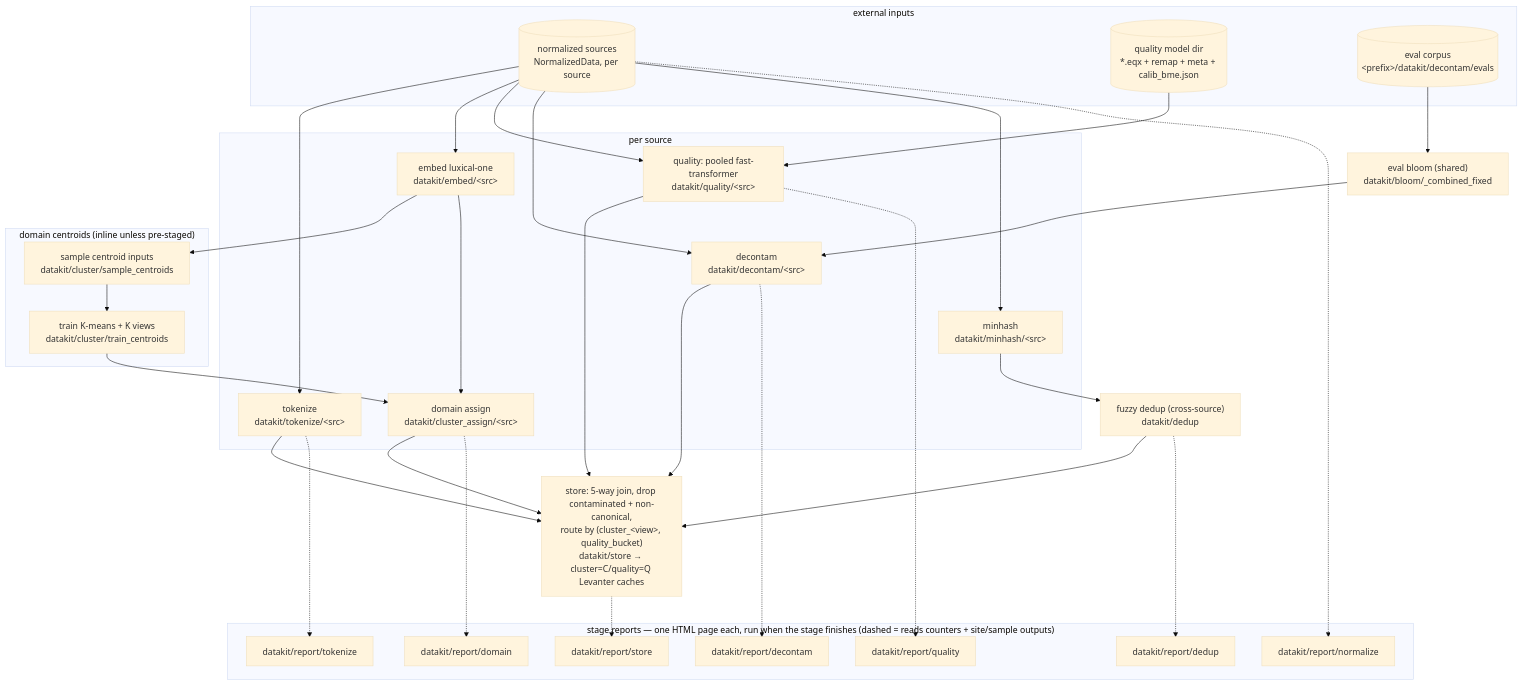
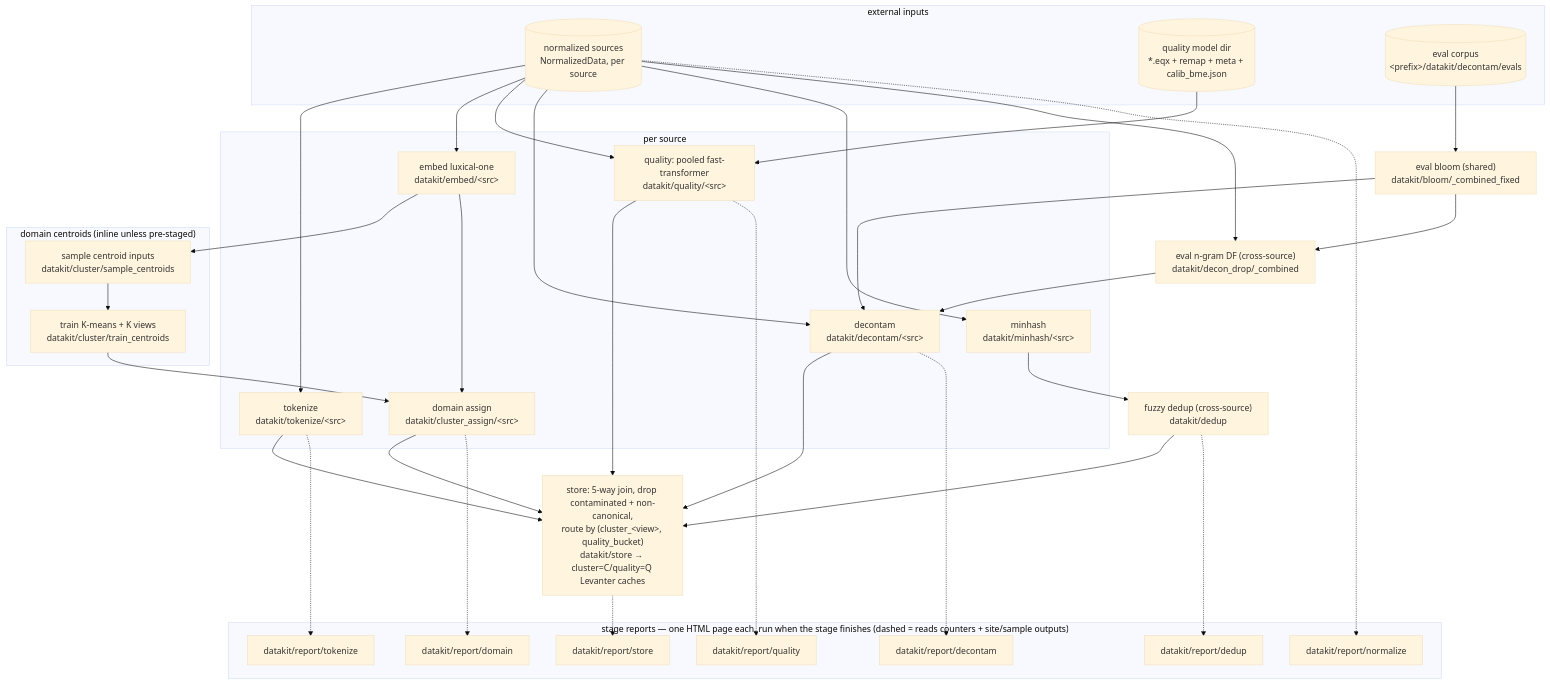
The diagram in experiments/datakit/README.md (marin-community/marin), drawn with Mermaid (base theme) before and after one commit. The commit also changed other lines of this file and 5 other files, not shown here.

First line of the commit message:
[datakit] Filter cross-source decontam boilerplate

````diff
--- a/experiments/datakit/README.md
+++ b/experiments/datakit/README.md
@@ -30,60 +30,63 @@
 ```mermaid
 flowchart TD
     subgraph inputs["external inputs"]
         SRC[("normalized sources<br/>NormalizedData, per source")]
         MODEL[("quality model dir<br/>*.eqx + remap + meta + calib_bme.json")]
         EVALS[("eval corpus<br/>&lt;prefix&gt;/datakit/decontam/evals")]
     end
 
     subgraph per_source["per source"]
         TOK["tokenize<br/>datakit/tokenize/&lt;src&gt;"]
         EMB["embed luxical-one<br/>datakit/embed/&lt;src&gt;"]
         ASG["domain assign<br/>datakit/cluster_assign/&lt;src&gt;"]
         QUAL["quality: pooled fast-transformer<br/>datakit/quality/&lt;src&gt;"]
         DECON["decontam<br/>datakit/decontam/&lt;src&gt;"]
         MH["minhash<br/>datakit/minhash/&lt;src&gt;"]
     end
 
     subgraph domain_model["domain centroids (inline unless pre-staged)"]
         SAMP["sample centroid inputs<br/>datakit/cluster/sample_centroids"]
         KM["train K-means + K views<br/>datakit/cluster/train_centroids"]
     end
 
     BLOOM["eval bloom (shared)<br/>datakit/bloom/_combined_fixed"]
+    DF["eval n-gram DF (cross-source)<br/>datakit/decon_drop/_combined"]
     DEDUP["fuzzy dedup (cross-source)<br/>datakit/dedup"]
     STORE["store: 5-way join, drop contaminated + non-canonical,<br/>route by (cluster_&lt;view&gt;, quality_bucket)<br/>datakit/store → cluster=C/quality=Q Levanter caches"]
 
     SRC --> TOK
     SRC --> EMB
     SRC --> QUAL
     SRC --> DECON
     SRC --> MH
     MODEL --> QUAL
-    EVALS --> BLOOM --> DECON
+    EVALS --> BLOOM --> DF --> DECON
+    SRC --> DF
+    BLOOM --> DECON
     EMB --> SAMP --> KM --> ASG
     EMB --> ASG
     MH --> DEDUP
     TOK --> STORE
     ASG --> STORE
     QUAL --> STORE
     DECON --> STORE
     DEDUP --> STORE
 
     subgraph reports["stage reports — one HTML page each, run when the stage finishes (dashed = reads counters + site/sample outputs)"]
         RN["datakit/report/normalize"]
         RT["datakit/report/tokenize"]
         RQ["datakit/report/quality"]
         RD["datakit/report/domain"]
         RC["datakit/report/decontam"]
         RU["datakit/report/dedup"]
         RS["datakit/report/store"]
     end
 
     SRC -.-> RN
     TOK -.-> RT
     QUAL -.-> RQ
     ASG -.-> RD
     DECON -.-> RC
     DEDUP -.-> RU
     STORE -.-> RS
 ```
````
